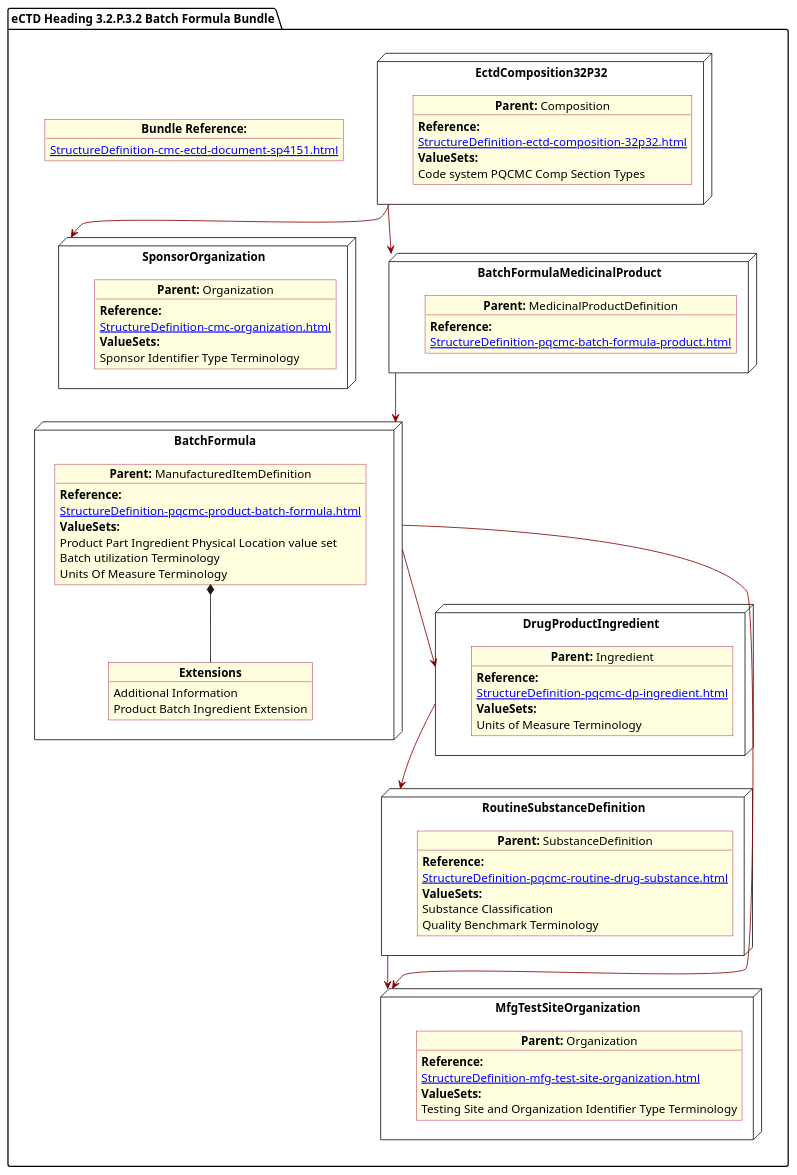
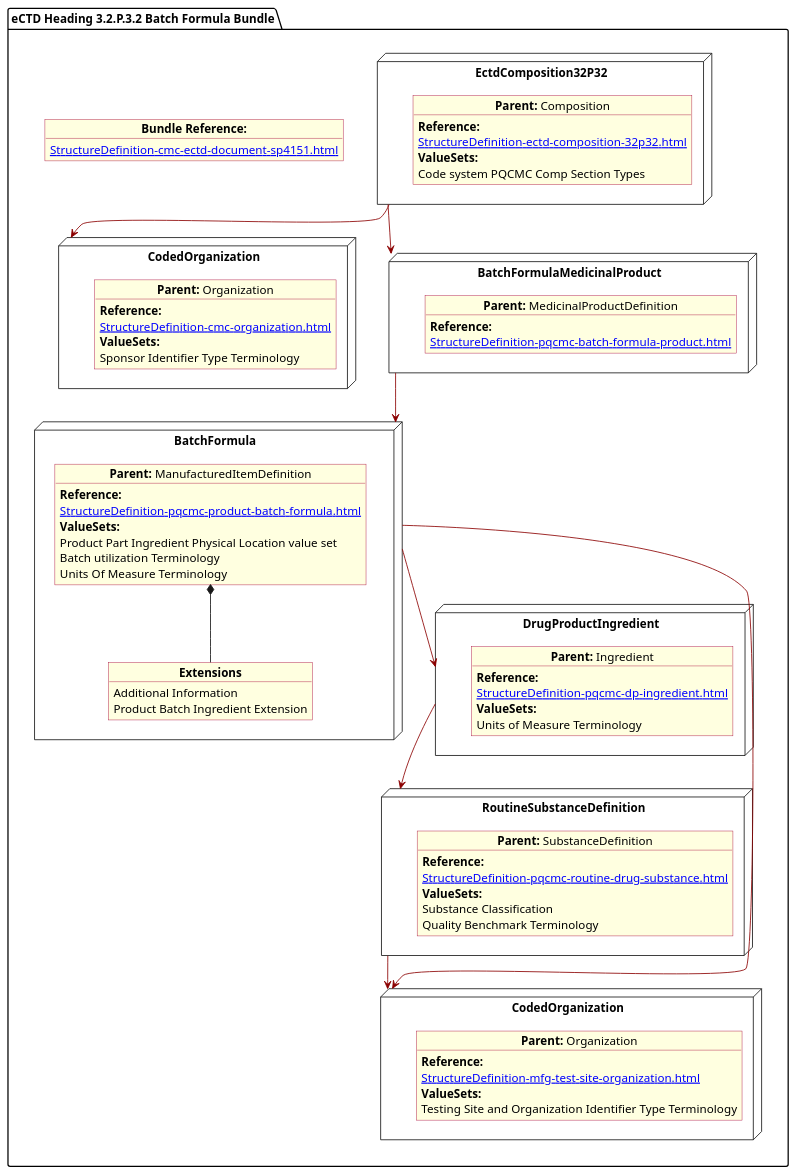
One commit to HL7/FHIR-us-pq-cmc-fda changed the diagram in input/images-source/BatchForm.plantuml. Above: the diagram before and after it, drawn with PlantUML. The commit also changed 40 other files, not shown here.

```diff
--- a/input/images-source/BatchForm.plantuml
+++ b/input/images-source/BatchForm.plantuml
@@ -1,97 +1,97 @@
 @startuml BatchForm
 allowmixing
 'Mixed model of use case and object
 skinparam svgDimensionStyle false
 skinparam ObjectBackgroundColor LightYellow
 skinparam ObjectBorderColor #A80036
 skinparam activityDiamondBorderColor #A80036
 skinparam activityDiamondBackgroundColor lawnGreen
 skinparam ClassBorderThickness 4
 
 package "eCTD Heading 3.2.P.3.2 Batch Formula Bundle" as NODES {
 
    object "**Bundle Reference:**" as objbun {
               [[StructureDefinition-cmc-ectd-document-sp4151.html]]
     }  
 
  
-node "SponsorOrganization" as NSO { 
+node "CodedOrganization" as NSO { 
       object "**Parent:** Organization" as objAu {
         **Reference:**
       [[StructureDefinition-cmc-organization.html]]
         **ValueSets:**
         Sponsor Identifier Type Terminology 
     }
 }
 
 node "DrugProductIngredient" as NNgred { 
       object "**Parent:** Ingredient" as obj10 {
              **Reference:**
       [[StructureDefinition-pqcmc-dp-ingredient.html]]
         **ValueSets:**
         Units of Measure Terminology    
       }      
 
 }
  node "EctdComposition32P32" as N1 { 
       object "**Parent:** Composition" as obj1 {
                    **Reference:**
       [[StructureDefinition-ectd-composition-32p32.html]]
       **ValueSets:**
   Code system PQCMC Comp Section Types
     }
      
 }
-node "MfgTestSiteOrganization" as NMFG { 
+node "CodedOrganization" as NMFG { 
       object "**Parent:** Organization" as objDP {
                    **Reference:**
       [[StructureDefinition-mfg-test-site-organization.html]]
          **ValueSets:**
         Testing Site and Organization Identifier Type Terminology
     }
 }
 
 node "RoutineSubstanceDefinition" as NNS { 
       object "**Parent:** SubstanceDefinition" as obj4 {
                    **Reference:**
       [[StructureDefinition-pqcmc-routine-drug-substance.html]]
                 **ValueSets:**
                 Substance Classification
                 Quality Benchmark Terminology
       }  
 }
 node "BatchFormulaMedicinalProduct" as NN2 { 
       object "**Parent:** MedicinalProductDefinition" as obj32 {
                    **Reference:**
       [[StructureDefinition-pqcmc-batch-formula-product.html]]
           
       }
 }
 
 node "BatchFormula" as NN { 
       object "**Parent:** ManufacturedItemDefinition" as obj3 {
          **Reference:**
       [[StructureDefinition-pqcmc-product-batch-formula.html]]
         **ValueSets:**
         Product Part Ingredient Physical Location value set        
         Batch utilization Terminology
         Units Of Measure Terminology
       } 
       object "**Extensions**" as objExs2 {
         Additional Information
         Product Batch Ingredient Extension
 }
 
  obj3 *-- objExs2     
 }
 
 NN -[#darkred]-> NMFG
 NN -[#darkred]-> NNgred
 NN2 -[#darkred]-> NN
 N1 -[#darkred]-> NN2
 N1 -[#darkred]-> NSO        
 NNS -[#darkred]-> NMFG
 NNgred -[#darkred]-> NNS
 
 }
 @enduml
```
